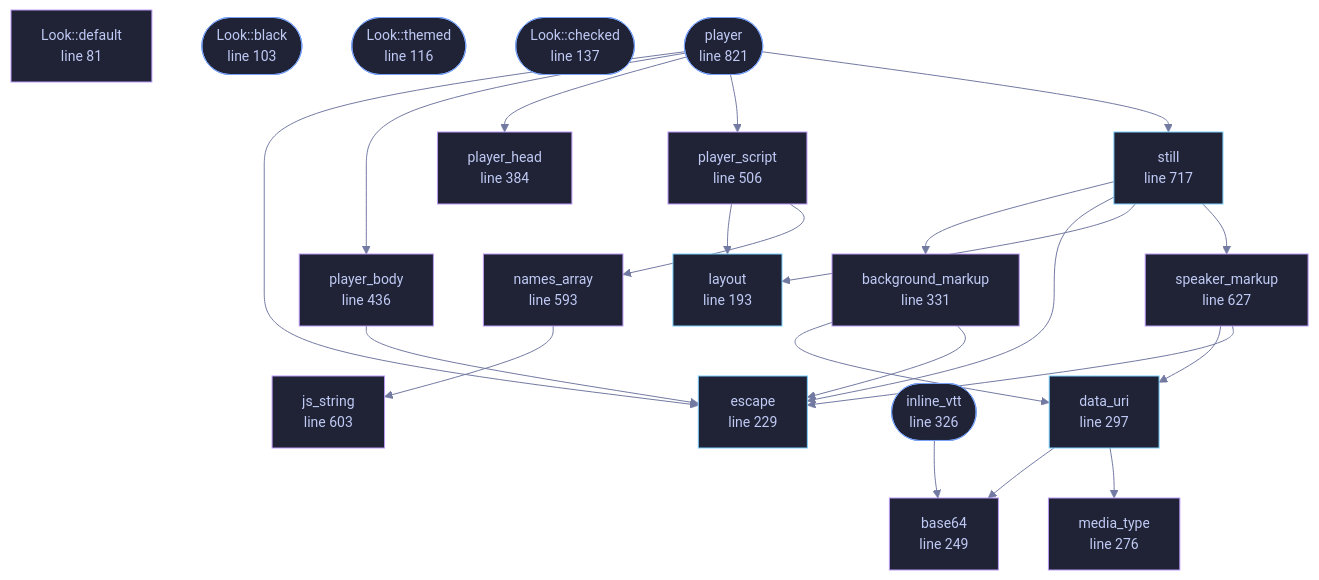
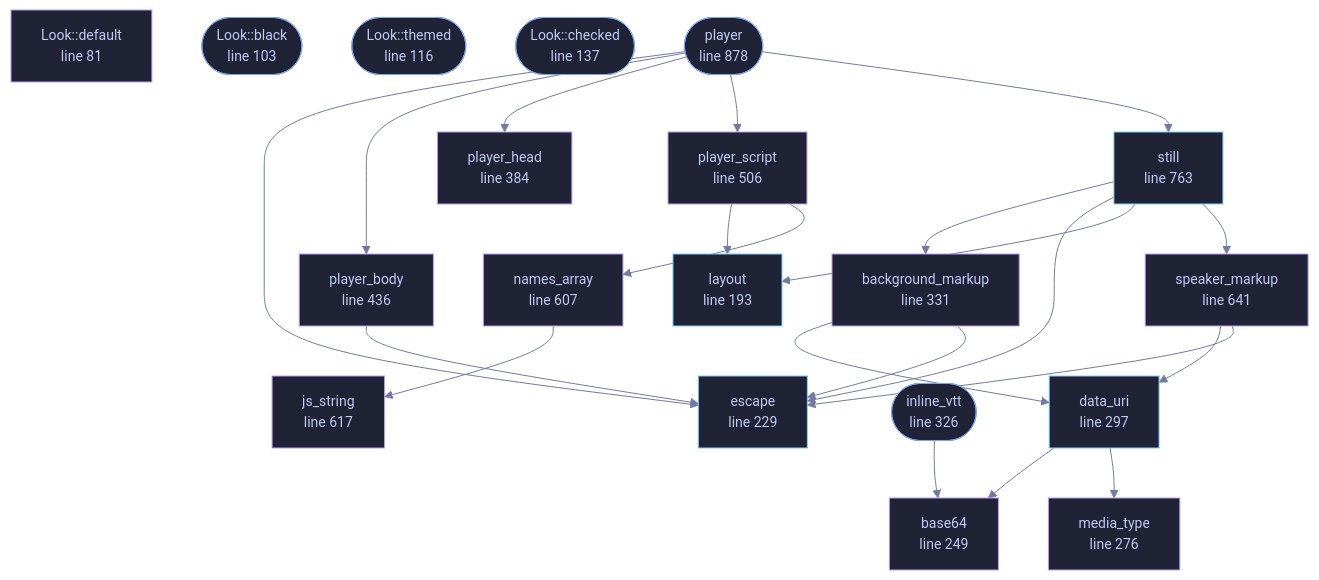
Before and after one commit to tilas01/veilvoice: the diagram in docs/files/veilvoice-video/page.md, drawn with Mermaid. The commit also changed other lines of this file and 30 other files, not shown here.

````diff
--- a/docs/files/veilvoice-video/page.md
+++ b/docs/files/veilvoice-video/page.md
@@ -117,68 +117,68 @@
 ```mermaid
 %%{init: {"theme":"base","themeVariables":{"background":"#1a1b26","primaryColor":"#1f2335","primaryTextColor":"#c0caf5","primaryBorderColor":"#7aa2f7","secondaryColor":"#16161e","tertiaryColor":"#16161e","lineColor":"#737aa2","textColor":"#c0caf5","mainBkg":"#1f2335","nodeBorder":"#7aa2f7","clusterBkg":"#16161e","clusterBorder":"#2f3549","fontFamily":"ui-monospace, SFMono-Regular, Consolas, monospace","fontSize":"14px"}}}%%
 flowchart TD
     n_default["Look::default<br/>line 81"]
     n_black(["Look::black<br/>line 103"])
     n_themed(["Look::themed<br/>line 116"])
     n_checked(["Look::checked<br/>line 137"])
     n_layout["layout<br/>line 193"]
     n_escape["escape<br/>line 229"]
     n_base64["base64<br/>line 249"]
     n_media_type["media_type<br/>line 276"]
     n_data_uri["data_uri<br/>line 297"]
     n_inline_vtt(["inline_vtt<br/>line 326"])
     n_background_markup["background_markup<br/>line 331"]
     n_player_head["player_head<br/>line 384"]
     n_player_body["player_body<br/>line 436"]
     n_player_script["player_script<br/>line 506"]
-    n_names_array["names_array<br/>line 593"]
-    n_js_string["js_string<br/>line 603"]
-    n_speaker_markup["speaker_markup<br/>line 627"]
-    n_still["still<br/>line 717"]
-    n_player(["player<br/>line 821"])
+    n_names_array["names_array<br/>line 607"]
+    n_js_string["js_string<br/>line 617"]
+    n_speaker_markup["speaker_markup<br/>line 641"]
+    n_still["still<br/>line 763"]
+    n_player(["player<br/>line 878"])
     n_background_markup --> n_data_uri
     n_background_markup --> n_escape
     n_data_uri --> n_base64
     n_data_uri --> n_media_type
     n_inline_vtt --> n_base64
     n_names_array --> n_js_string
     n_player --> n_escape
     n_player --> n_player_body
     n_player --> n_player_head
     n_player --> n_player_script
     n_player --> n_still
     n_player_body --> n_escape
     n_player_script --> n_layout
     n_player_script --> n_names_array
     n_speaker_markup --> n_data_uri
     n_speaker_markup --> n_escape
     n_still --> n_background_markup
     n_still --> n_escape
     n_still --> n_layout
     n_still --> n_speaker_markup
     click n_default href "https://github.com/tilas01/veilvoice/blob/main/crates/veilvoice-video/src/page.rs#L81" "open the source"
     click n_black href "https://github.com/tilas01/veilvoice/blob/main/crates/veilvoice-video/src/page.rs#L103" "open the source"
     click n_themed href "https://github.com/tilas01/veilvoice/blob/main/crates/veilvoice-video/src/page.rs#L116" "open the source"
     click n_checked href "https://github.com/tilas01/veilvoice/blob/main/crates/veilvoice-video/src/page.rs#L137" "open the source"
     click n_layout href "https://github.com/tilas01/veilvoice/blob/main/crates/veilvoice-video/src/page.rs#L193" "open the source"
     click n_escape href "https://github.com/tilas01/veilvoice/blob/main/crates/veilvoice-video/src/page.rs#L229" "open the source"
     click n_base64 href "https://github.com/tilas01/veilvoice/blob/main/crates/veilvoice-video/src/page.rs#L249" "open the source"
     click n_media_type href "https://github.com/tilas01/veilvoice/blob/main/crates/veilvoice-video/src/page.rs#L276" "open the source"
     click n_data_uri href "https://github.com/tilas01/veilvoice/blob/main/crates/veilvoice-video/src/page.rs#L297" "open the source"
     click n_inline_vtt href "https://github.com/tilas01/veilvoice/blob/main/crates/veilvoice-video/src/page.rs#L326" "open the source"
     click n_background_markup href "https://github.com/tilas01/veilvoice/blob/main/crates/veilvoice-video/src/page.rs#L331" "open the source"
     click n_player_head href "https://github.com/tilas01/veilvoice/blob/main/crates/veilvoice-video/src/page.rs#L384" "open the source"
     click n_player_body href "https://github.com/tilas01/veilvoice/blob/main/crates/veilvoice-video/src/page.rs#L436" "open the source"
     click n_player_script href "https://github.com/tilas01/veilvoice/blob/main/crates/veilvoice-video/src/page.rs#L506" "open the source"
-    click n_names_array href "https://github.com/tilas01/veilvoice/blob/main/crates/veilvoice-video/src/page.rs#L593" "open the source"
-    click n_js_string href "https://github.com/tilas01/veilvoice/blob/main/crates/veilvoice-video/src/page.rs#L603" "open the source"
-    click n_speaker_markup href "https://github.com/tilas01/veilvoice/blob/main/crates/veilvoice-video/src/page.rs#L627" "open the source"
-    click n_still href "https://github.com/tilas01/veilvoice/blob/main/crates/veilvoice-video/src/page.rs#L717" "open the source"
-    click n_player href "https://github.com/tilas01/veilvoice/blob/main/crates/veilvoice-video/src/page.rs#L821" "open the source"
+    click n_names_array href "https://github.com/tilas01/veilvoice/blob/main/crates/veilvoice-video/src/page.rs#L607" "open the source"
+    click n_js_string href "https://github.com/tilas01/veilvoice/blob/main/crates/veilvoice-video/src/page.rs#L617" "open the source"
+    click n_speaker_markup href "https://github.com/tilas01/veilvoice/blob/main/crates/veilvoice-video/src/page.rs#L641" "open the source"
+    click n_still href "https://github.com/tilas01/veilvoice/blob/main/crates/veilvoice-video/src/page.rs#L763" "open the source"
+    click n_player href "https://github.com/tilas01/veilvoice/blob/main/crates/veilvoice-video/src/page.rs#L878" "open the source"
     classDef entry fill:#1f2335,stroke:#7aa2f7,color:#c0caf5
     class n_black,n_themed,n_checked,n_inline_vtt,n_player entry
     classDef api fill:#1f2335,stroke:#7dcfff,color:#c0caf5
     class n_layout,n_escape,n_data_uri,n_still api
     classDef helper fill:#1f2335,stroke:#bb9af7,color:#c0caf5
     class n_default,n_base64,n_media_type,n_background_markup,n_player_head,n_player_body,n_player_script,n_names_array,n_js_string,n_speaker_markup helper
 ```
````
